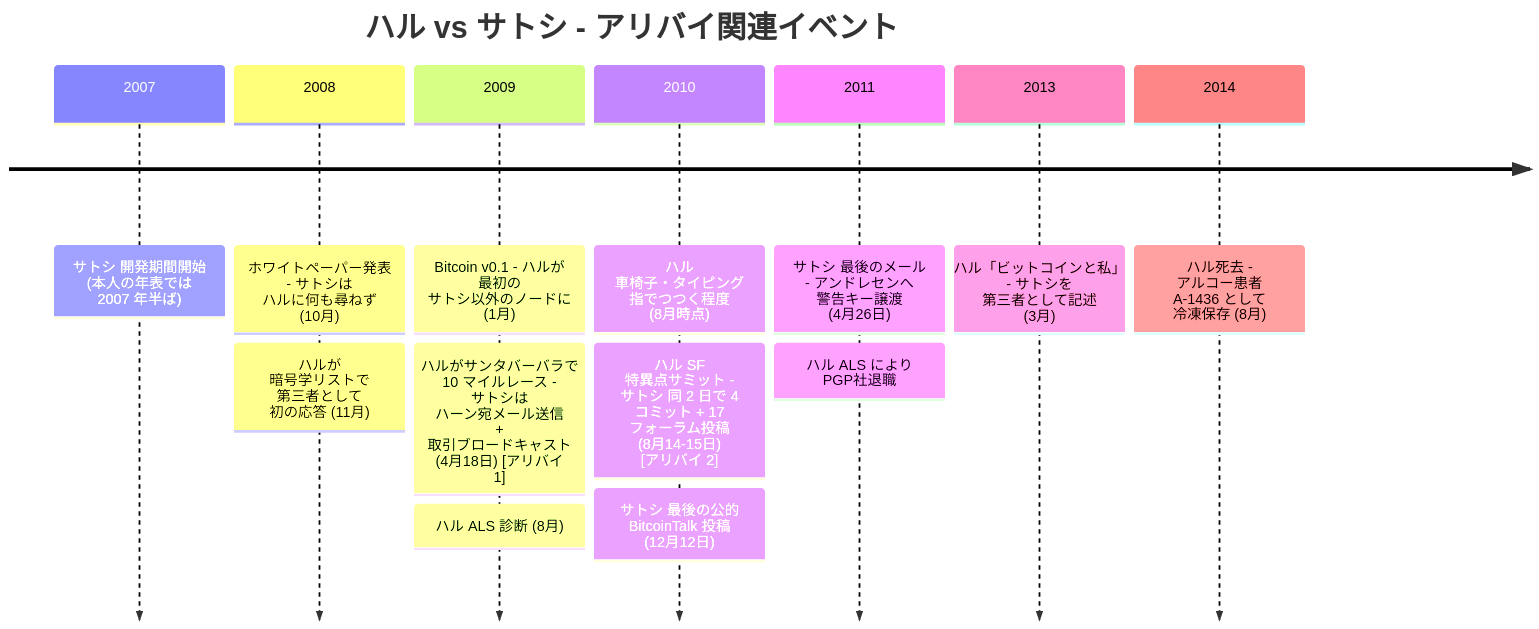
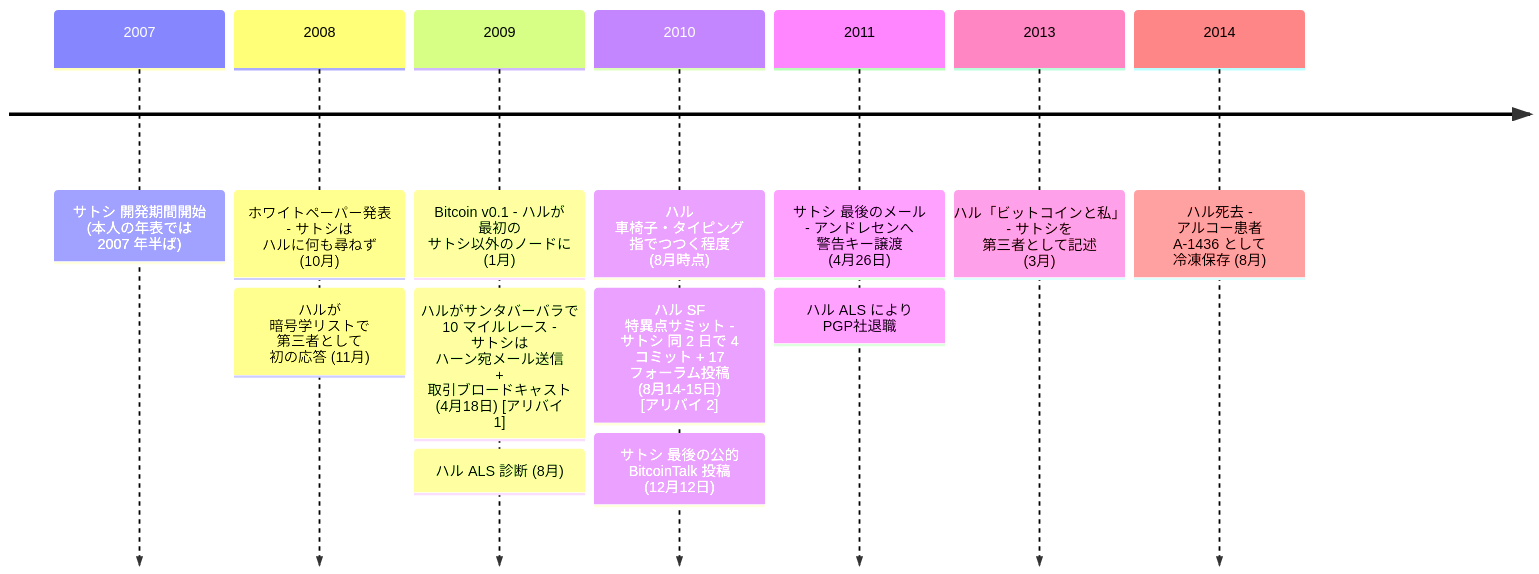
The diagram in src/data/translations/ja/analysis/2014-03-25-hal-finney-satoshi-identity-hypothesis.md (cypher256/BitcoinArchive), drawn with Mermaid before and after one commit. The commit also changed other lines of this file and 50 other files, not shown here.

````diff
--- a/src/data/translations/ja/analysis/2014-03-25-hal-finney-satoshi-identity-hypothesis.md
+++ b/src/data/translations/ja/analysis/2014-03-25-hal-finney-satoshi-identity-hypothesis.md
@@ -67,17 +69,16 @@
 ```mermaid
 timeline
-    title ハル vs サトシ - アリバイ関連イベント
     2007 : サトシ 開発期間開始 (本人の年表では 2007 年半ば)
     2008 : ホワイトペーパー発表 - サトシは ハルに何も尋ねず (10月)
          : ハルが 暗号学リストで 第三者として 初の応答 (11月)
     2009 : Bitcoin v0.1 - ハルが 最初の サトシ以外のノードに (1月)
          : ハルがサンタバーバラで 10 マイルレース - サトシは ハーン宛メール送信 + 取引ブロードキャスト (4月18日) [アリバイ 1]
          : ハル ALS 診断 (8月)
     2010 : ハル 車椅子・タイピング 指でつつく程度 (8月時点)
          : ハル SF 特異点サミット - サトシ 同 2 日で 4 コミット + 17 フォーラム投稿 (8月14-15日) [アリバイ 2]
          : サトシ 最後の公的 BitcoinTalk 投稿 (12月12日)
     2011 : サトシ 最後のメール - アンドレセンへ 警告キー譲渡 (4月26日)
          : ハル ALS により PGP社退職
     2013 : ハル「ビットコインと私」 - サトシを 第三者として記述 (3月)
     2014 : ハル死去 - アルコー患者 A-1436 として 冷凍保存 (8月)
 ```
````
